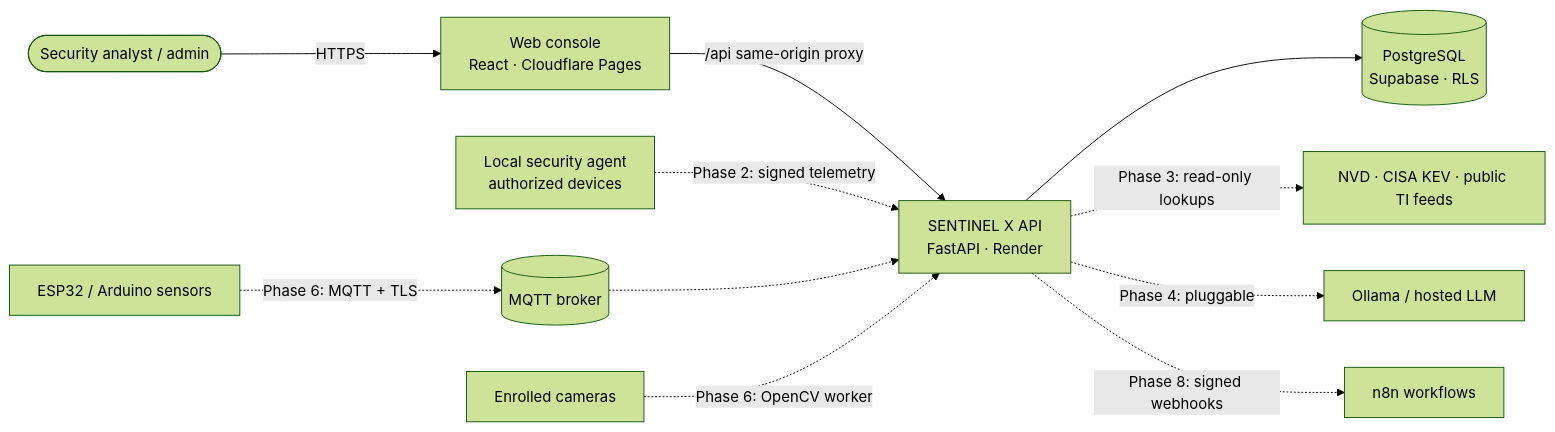
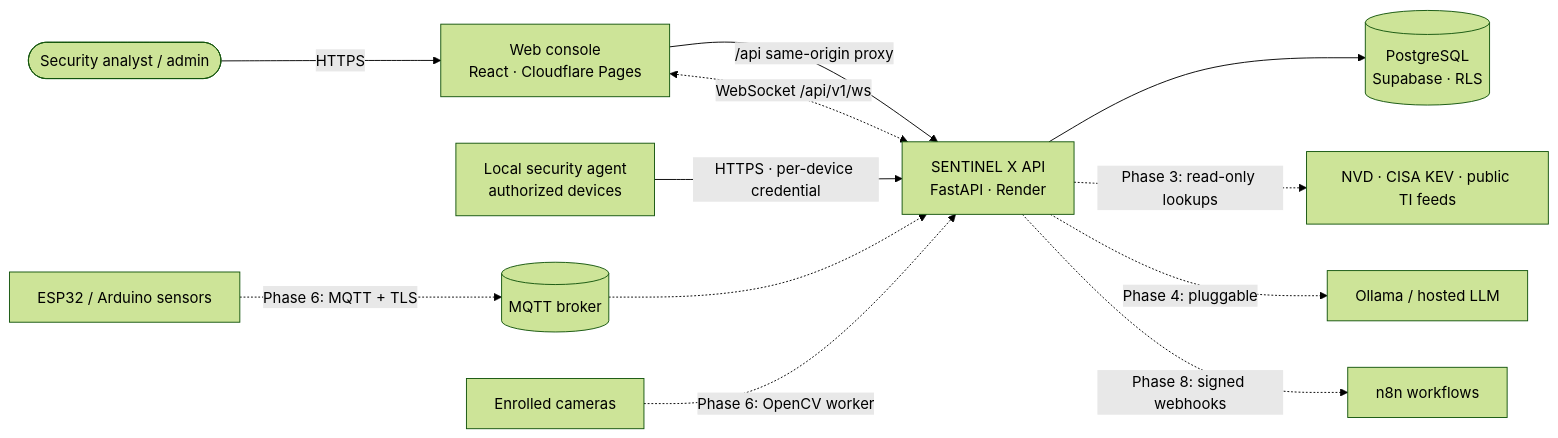
Before and after one commit to adilsultan9878-cell/new-tasks: the first of 6 diagrams in docs/ARCHITECTURE.md, drawn with Mermaid (forest theme). The commit also changed other lines of this file and 83 other files, not shown here.

````diff
--- a/docs/ARCHITECTURE.md
+++ b/docs/ARCHITECTURE.md
@@ -25,12 +25,13 @@
 ```mermaid
 flowchart LR
     analyst([Security analyst / admin]) -->|HTTPS| console[Web console<br/>React · Cloudflare Pages]
     console -->|/api same-origin proxy| api[SENTINEL X API<br/>FastAPI · Render]
     api --> db[(PostgreSQL<br/>Supabase · RLS)]
-    agent[Local security agent<br/>authorized devices] -. "Phase 2: signed telemetry" .-> api
+    agent[Local security agent<br/>authorized devices] -->|"HTTPS · per-device credential"| api
+    console <-.->|"WebSocket /api/v1/ws"| api
     iot[ESP32 / Arduino sensors] -. "Phase 6: MQTT + TLS" .-> broker[(MQTT broker)] -.-> api
     cams[Enrolled cameras] -. "Phase 6: OpenCV worker" .-> api
     api -. "Phase 3: read-only lookups" .-> intel[NVD · CISA KEV · public TI feeds]
     api -. "Phase 4: pluggable" .-> llm[Ollama / hosted LLM]
     api -. "Phase 8: signed webhooks" .-> n8n[n8n workflows]
 ```
````
